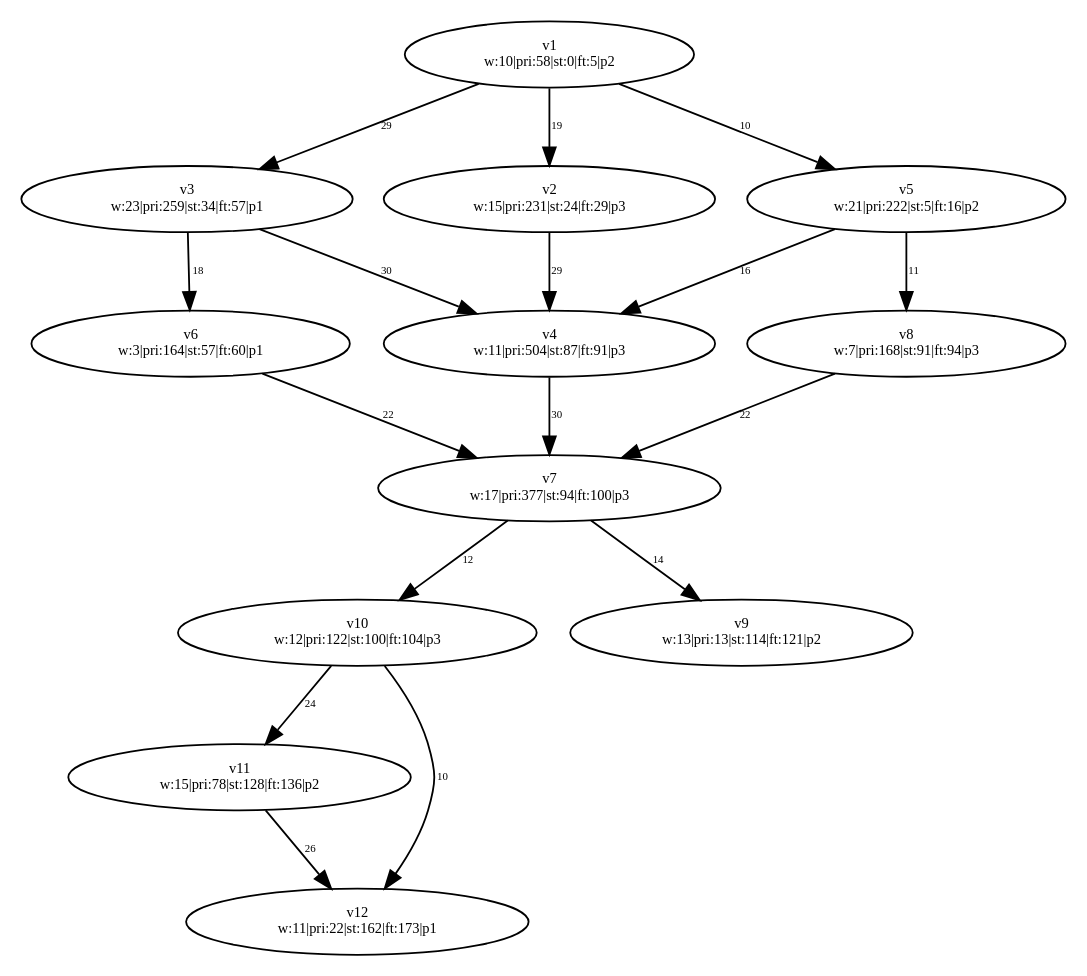
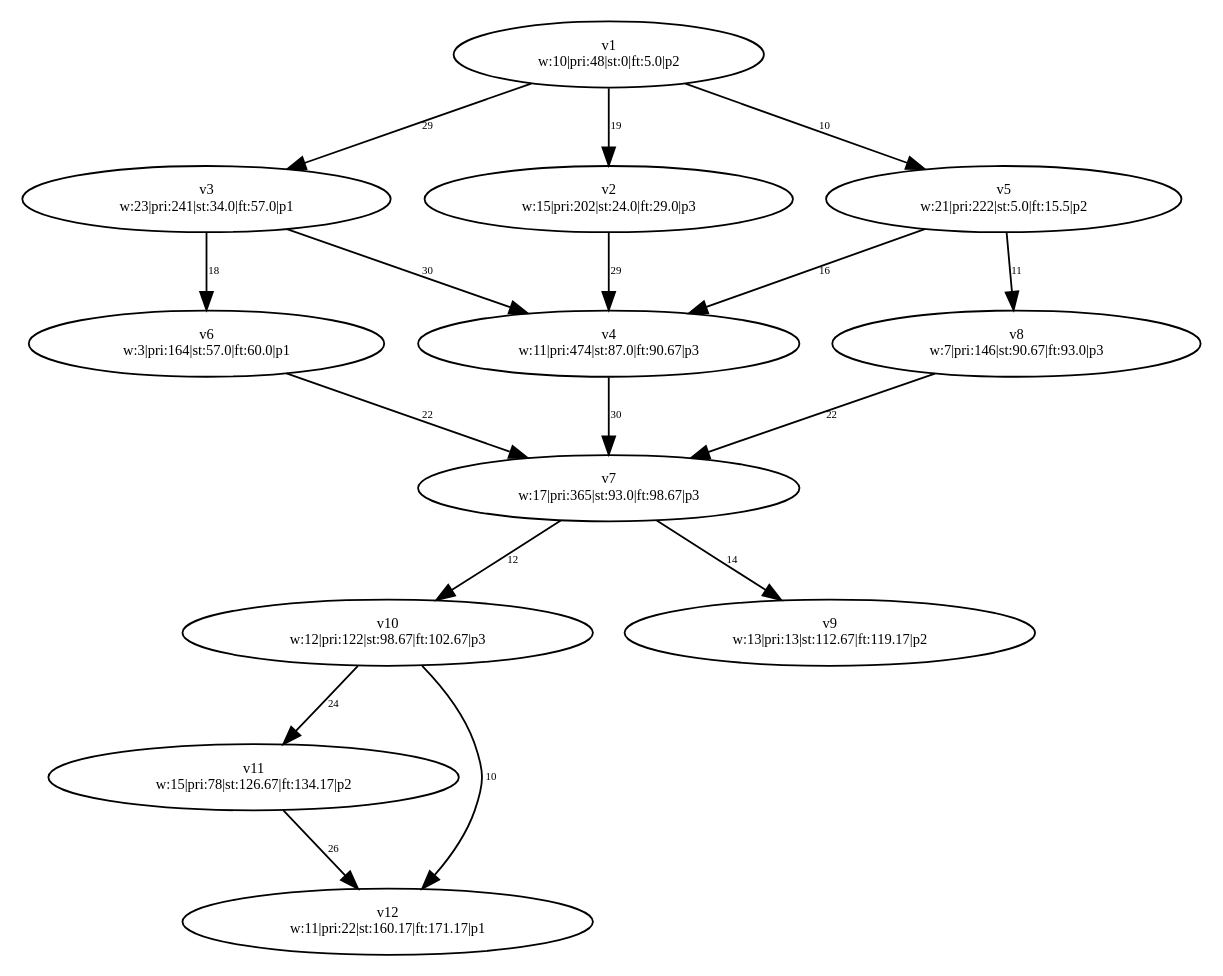
One commit to dexters1/Task-Scheduling-Based-on-Genetic-Algorithms changed the diagram in PythonApplication1/PythonApplication1/test-output/testGraphAfterProcessingFunctions6.gv. Above: the diagram before and after it, drawn with Graphviz. The commit also changed 112 other files, not shown here.

```diff
--- a/PythonApplication1/PythonApplication1/test-output/testGraphAfterProcessingFunctions6.gv
+++ b/PythonApplication1/PythonApplication1/test-output/testGraphAfterProcessingFunctions6.gv
@@ -1,42 +1,42 @@
 digraph {
 	v1 [label="v1
-w:10|pri:58|st:0|ft:5|p2" fontsize=8.0]
+w:10|pri:48|st:0|ft:5.0|p2" fontsize=8.0]
 	v3 [label="v3
-w:23|pri:259|st:34|ft:57|p1" fontsize=8.0]
+w:23|pri:241|st:34.0|ft:57.0|p1" fontsize=8.0]
+	v5 [label="v5
+w:21|pri:222|st:5.0|ft:15.5|p2" fontsize=8.0]
 	v2 [label="v2
-w:15|pri:231|st:24|ft:29|p3" fontsize=8.0]
-	v5 [label="v5
-w:21|pri:222|st:5|ft:16|p2" fontsize=8.0]
+w:15|pri:202|st:24.0|ft:29.0|p3" fontsize=8.0]
 	v4 [label="v4
-w:11|pri:504|st:87|ft:91|p3" fontsize=8.0]
+w:11|pri:474|st:87.0|ft:90.67|p3" fontsize=8.0]
+	v6 [label="v6
+w:3|pri:164|st:57.0|ft:60.0|p1" fontsize=8.0]
 	v8 [label="v8
-w:7|pri:168|st:91|ft:94|p3" fontsize=8.0]
-	v6 [label="v6
-w:3|pri:164|st:57|ft:60|p1" fontsize=8.0]
+w:7|pri:146|st:90.67|ft:93.0|p3" fontsize=8.0]
 	v7 [label="v7
-w:17|pri:377|st:94|ft:100|p3" fontsize=8.0]
+w:17|pri:365|st:93.0|ft:98.67|p3" fontsize=8.0]
 	v10 [label="v10
-w:12|pri:122|st:100|ft:104|p3" fontsize=8.0]
+w:12|pri:122|st:98.67|ft:102.67|p3" fontsize=8.0]
 	v9 [label="v9
-w:13|pri:13|st:114|ft:121|p2" fontsize=8.0]
+w:13|pri:13|st:112.67|ft:119.17|p2" fontsize=8.0]
 	v11 [label="v11
-w:15|pri:78|st:128|ft:136|p2" fontsize=8.0]
+w:15|pri:78|st:126.67|ft:134.17|p2" fontsize=8.0]
 	v12 [label="v12
-w:11|pri:22|st:162|ft:173|p1" fontsize=8.0]
+w:11|pri:22|st:160.17|ft:171.17|p1" fontsize=8.0]
 	v1 -> v2 [label=19 constraint=true fontsize=6.0]
 	v1 -> v3 [label=29 constraint=true fontsize=6.0]
 	v1 -> v5 [label=10 constraint=true fontsize=6.0]
 	v2 -> v4 [label=29 constraint=true fontsize=6.0]
 	v3 -> v4 [label=30 constraint=true fontsize=6.0]
 	v5 -> v4 [label=16 constraint=true fontsize=6.0]
 	v3 -> v6 [label=18 constraint=true fontsize=6.0]
 	v5 -> v8 [label=11 constraint=true fontsize=6.0]
 	v6 -> v7 [label=22 constraint=true fontsize=6.0]
 	v8 -> v7 [label=22 constraint=true fontsize=6.0]
 	v4 -> v7 [label=30 constraint=true fontsize=6.0]
 	v7 -> v9 [label=14 constraint=true fontsize=6.0]
 	v7 -> v10 [label=12 constraint=true fontsize=6.0]
 	v10 -> v11 [label=24 constraint=true fontsize=6.0]
 	v10 -> v12 [label=10 constraint=true fontsize=6.0]
 	v11 -> v12 [label=26 constraint=true fontsize=6.0]
 }
```
